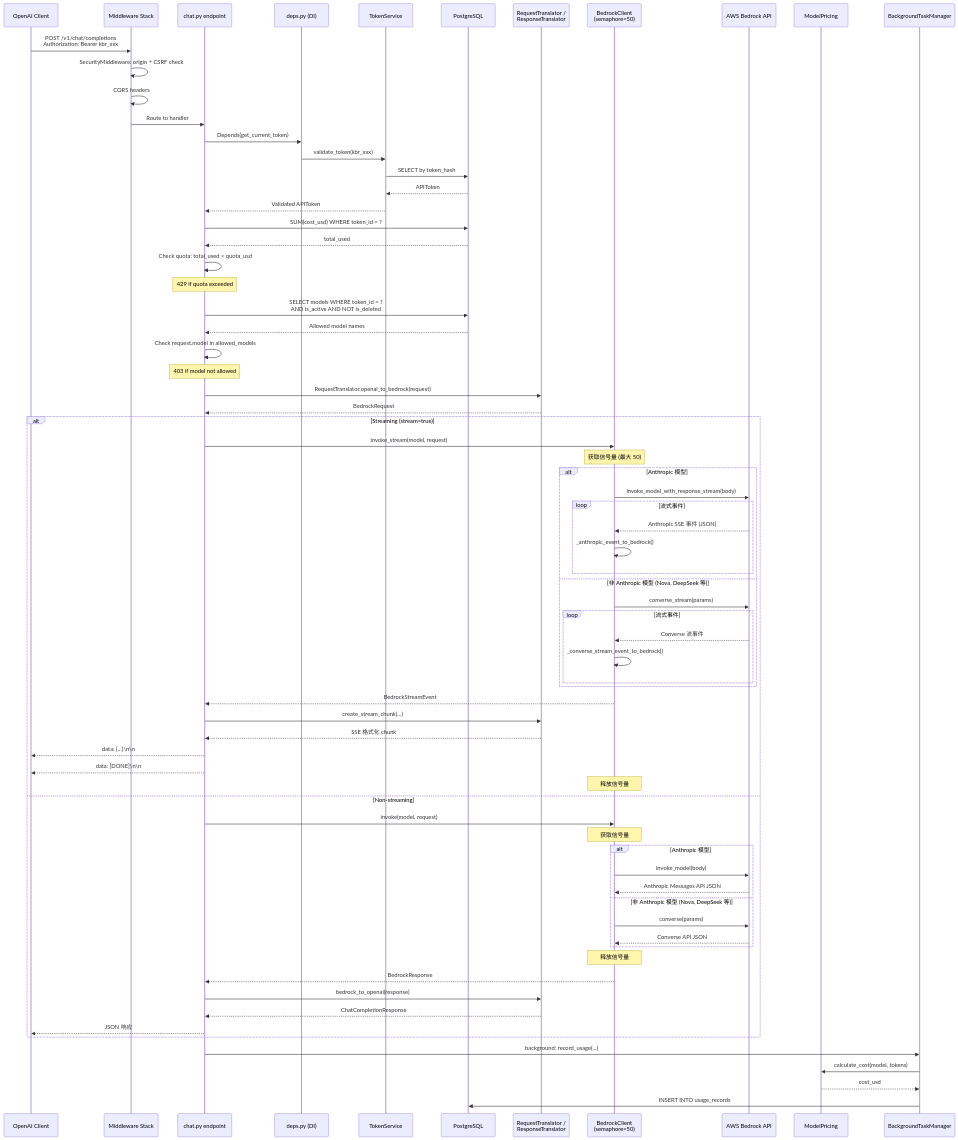
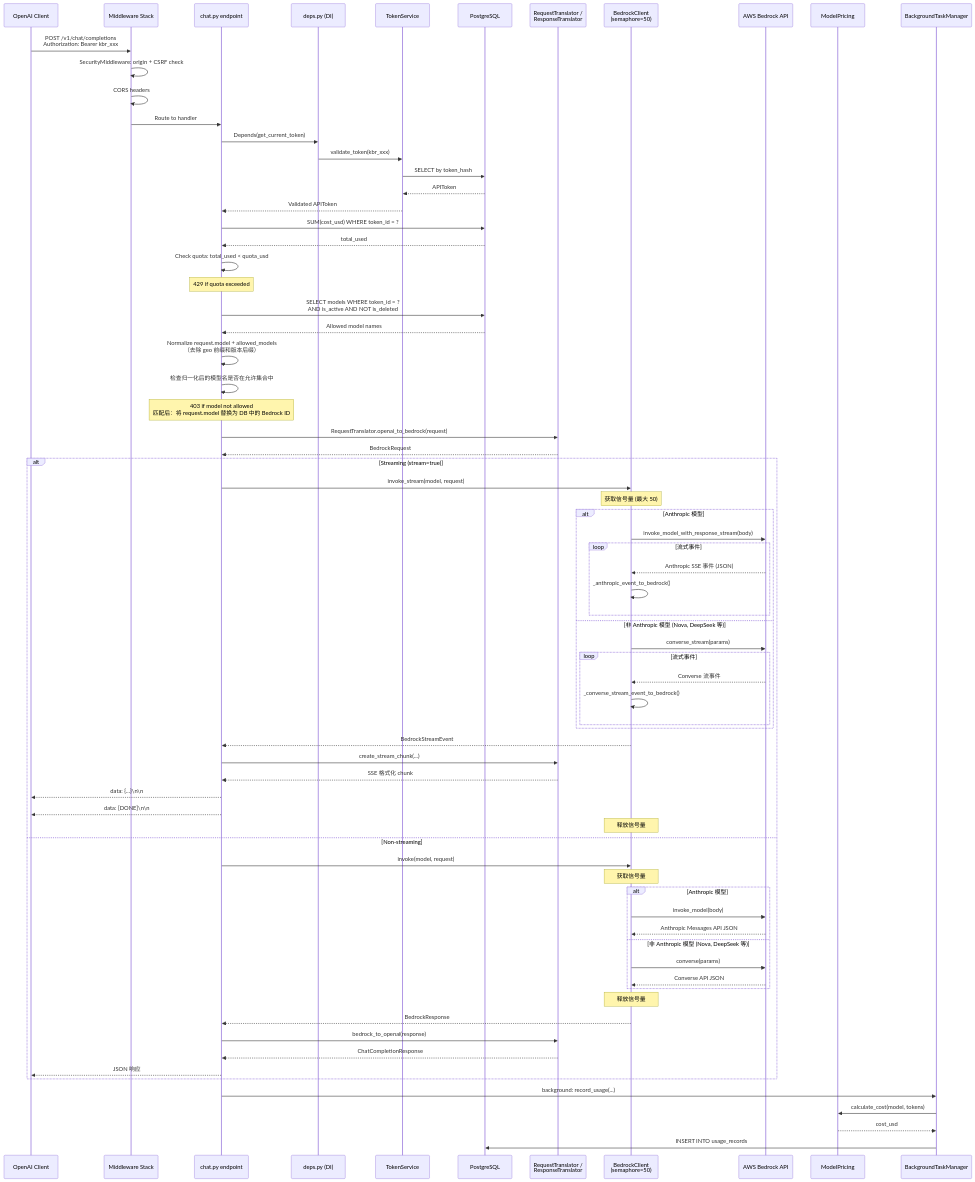
The eighth of 11 diagrams in docs/architecture.zh.md (aws-samples/sample-kolya-br-proxy), drawn with Mermaid before and after one commit. The commit also changed other lines of this file and 3 other files, not shown here.

```diff
--- a/docs/architecture.zh.md
+++ b/docs/architecture.zh.md
@@ -658,8 +658,9 @@
 
     Chat->>DB: SELECT models WHERE token_id = ?<br/>AND is_active AND NOT is_deleted
     DB-->>Chat: Allowed model names
-    Chat->>Chat: Check request.model in allowed_models
-    Note over Chat: 403 if model not allowed
+    Chat->>Chat: Normalize request.model + allowed_models<br/>（去除 geo 前缀和版本后缀）
+    Chat->>Chat: 检查归一化后的模型名是否在允许集合中
+    Note over Chat: 403 if model not allowed<br/>匹配后：将 request.model 替换为 DB 中的 Bedrock ID
 
     Chat->>Translator: RequestTranslator.openai_to_bedrock(request)
     Translator-->>Chat: BedrockRequest
```
